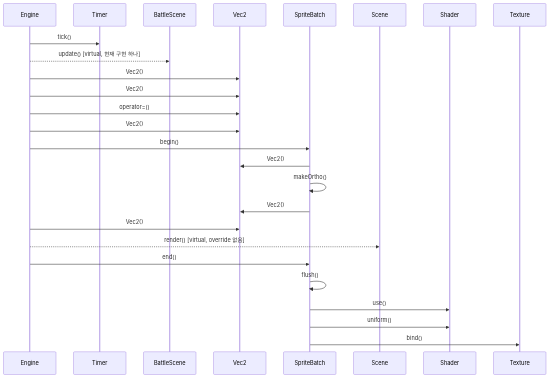
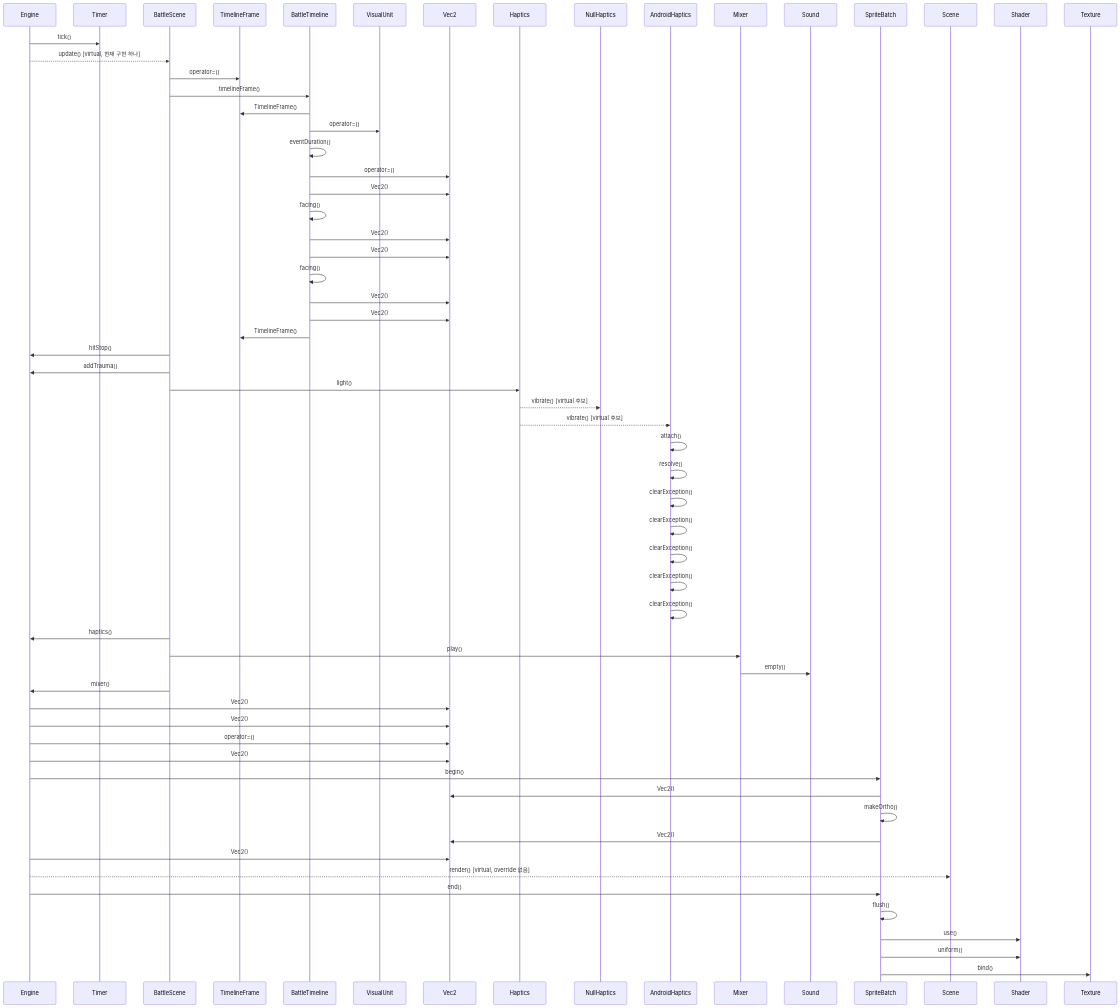
One commit to TTolsun/mini-game-heaven changed the diagram in docs/sdd/diagrams/seq_frame.mmd. Above: the diagram before and after it, drawn with Mermaid. The commit also changed 46 other files, not shown here.

```diff
--- a/docs/sdd/diagrams/seq_frame.mmd
+++ b/docs/sdd/diagrams/seq_frame.mmd
@@ -1,26 +1,64 @@
 sequenceDiagram
     participant Engine
     participant Timer
     participant BattleScene
+    participant TimelineFrame
+    participant BattleTimeline
+    participant VisualUnit
     participant Vec2
+    participant Haptics
+    participant NullHaptics
+    participant AndroidHaptics
+    participant Mixer
+    participant Sound
     participant SpriteBatch
     participant Scene
     participant Shader
     participant Texture
     Engine->>Timer: tick()
     Engine-->>BattleScene: update() [virtual, 현재 구현 하나]
+    BattleScene->>TimelineFrame: operator=()
+    BattleScene->>BattleTimeline: timelineFrame()
+    BattleTimeline->>TimelineFrame: TimelineFrame()
+    BattleTimeline->>VisualUnit: operator=()
+    BattleTimeline->>BattleTimeline: eventDuration()
+    BattleTimeline->>Vec2: operator=()
+    BattleTimeline->>Vec2: Vec2()
+    BattleTimeline->>BattleTimeline: facing()
+    BattleTimeline->>Vec2: Vec2()
+    BattleTimeline->>Vec2: Vec2()
+    BattleTimeline->>BattleTimeline: facing()
+    BattleTimeline->>Vec2: Vec2()
+    BattleTimeline->>Vec2: Vec2()
+    BattleTimeline->>TimelineFrame: TimelineFrame()
+    BattleScene->>Engine: hitStop()
+    BattleScene->>Engine: addTrauma()
+    BattleScene->>Haptics: light()
+    Haptics-->>NullHaptics: vibrate() [virtual 후보]
+    Haptics-->>AndroidHaptics: vibrate() [virtual 후보]
+    AndroidHaptics->>AndroidHaptics: attach()
+    AndroidHaptics->>AndroidHaptics: resolve()
+    AndroidHaptics->>AndroidHaptics: clearException()
+    AndroidHaptics->>AndroidHaptics: clearException()
+    AndroidHaptics->>AndroidHaptics: clearException()
+    AndroidHaptics->>AndroidHaptics: clearException()
+    AndroidHaptics->>AndroidHaptics: clearException()
+    BattleScene->>Engine: haptics()
+    BattleScene->>Mixer: play()
+    Mixer->>Sound: empty()
+    BattleScene->>Engine: mixer()
     Engine->>Vec2: Vec2()
     Engine->>Vec2: Vec2()
     Engine->>Vec2: operator=()
     Engine->>Vec2: Vec2()
     Engine->>SpriteBatch: begin()
     SpriteBatch->>Vec2: Vec2()
     SpriteBatch->>SpriteBatch: makeOrtho()
     SpriteBatch->>Vec2: Vec2()
     Engine->>Vec2: Vec2()
     Engine-->>Scene: render() [virtual, override 없음]
     Engine->>SpriteBatch: end()
     SpriteBatch->>SpriteBatch: flush()
     SpriteBatch->>Shader: use()
     SpriteBatch->>Shader: uniform()
     SpriteBatch->>Texture: bind()
```
